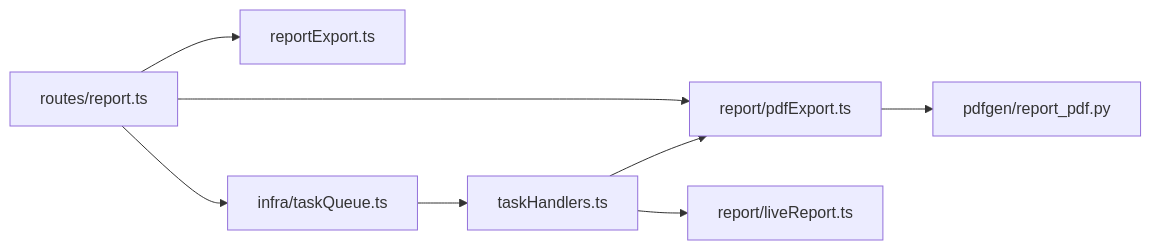
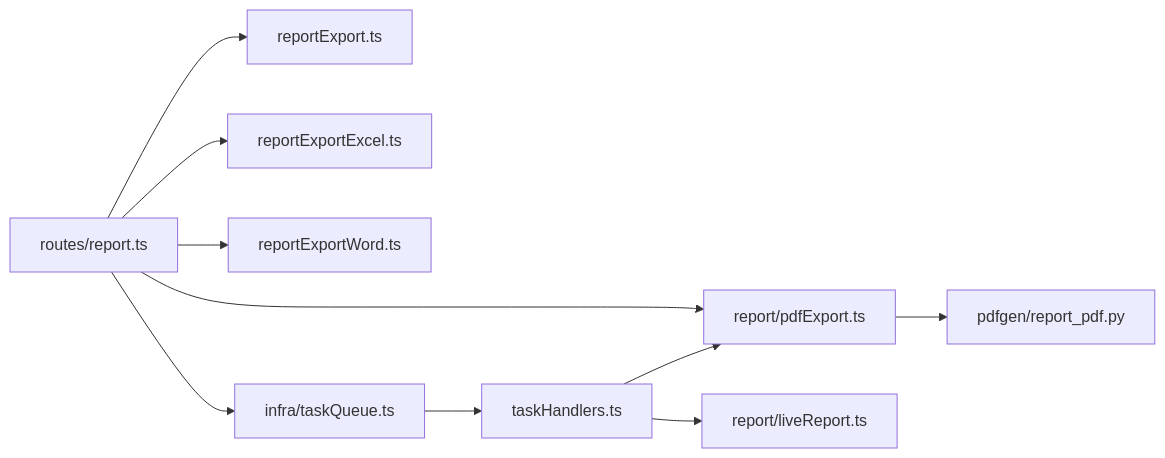
One commit to dgjin/smart-data-analytics changed the eighth of 8 diagrams in .qoder/repowiki/zh/content/报表中心/导出功能.md. Above: the diagram before and after it, drawn with Mermaid. The commit also changed other lines of this file and 82 other files, not shown here.

````diff
--- a/.qoder/repowiki/zh/content/报表中心/导出功能.md
+++ b/.qoder/repowiki/zh/content/报表中心/导出功能.md
@@ -242,10 +303,12 @@
 ```mermaid
 graph LR
 Routes["routes/report.ts"] --> Exporter["reportExport.ts"]
+Routes --> ExcelExporter["reportExportExcel.ts"]
+Routes --> WordExporter["reportExportWord.ts"]
 Routes --> PdfCaller["report/pdfExport.ts"]
 PdfCaller --> PyScript["pdfgen/report_pdf.py"]
 Routes --> TaskQ["infra/taskQueue.ts"]
 TaskQ --> Handlers["taskHandlers.ts"]
 Handlers --> PdfCaller
 Handlers --> LiveReport["report/liveReport.ts"]
 ```
````
